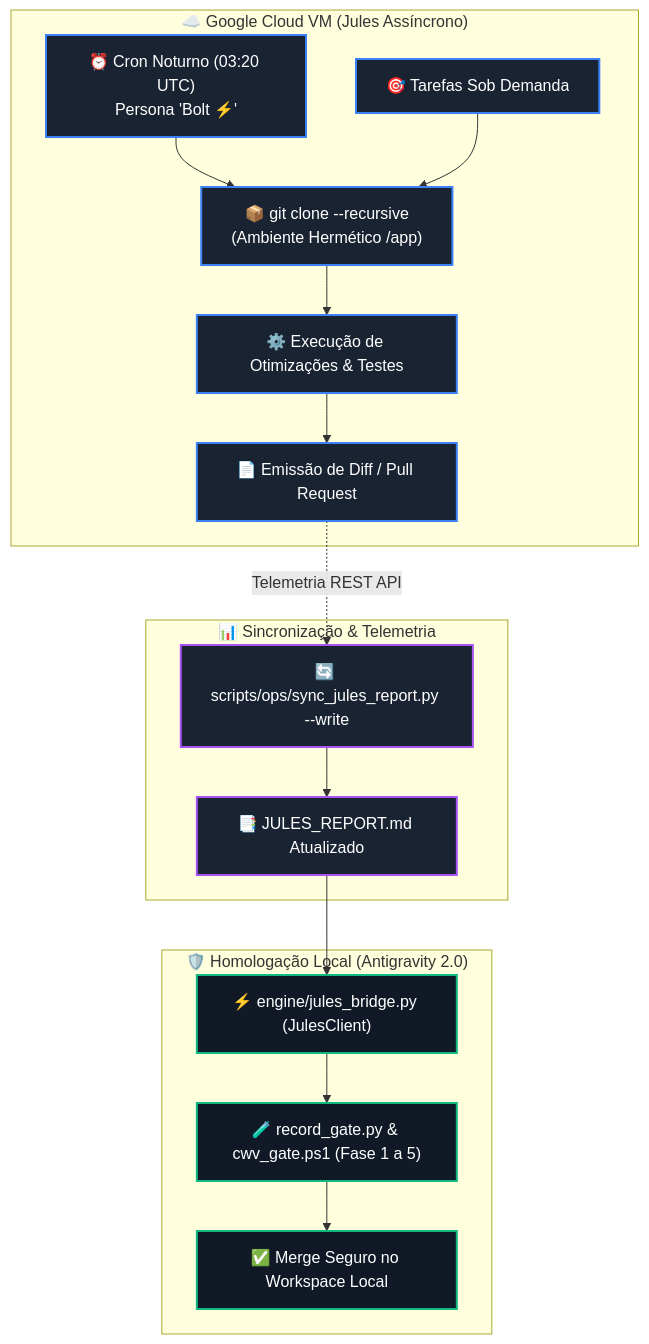
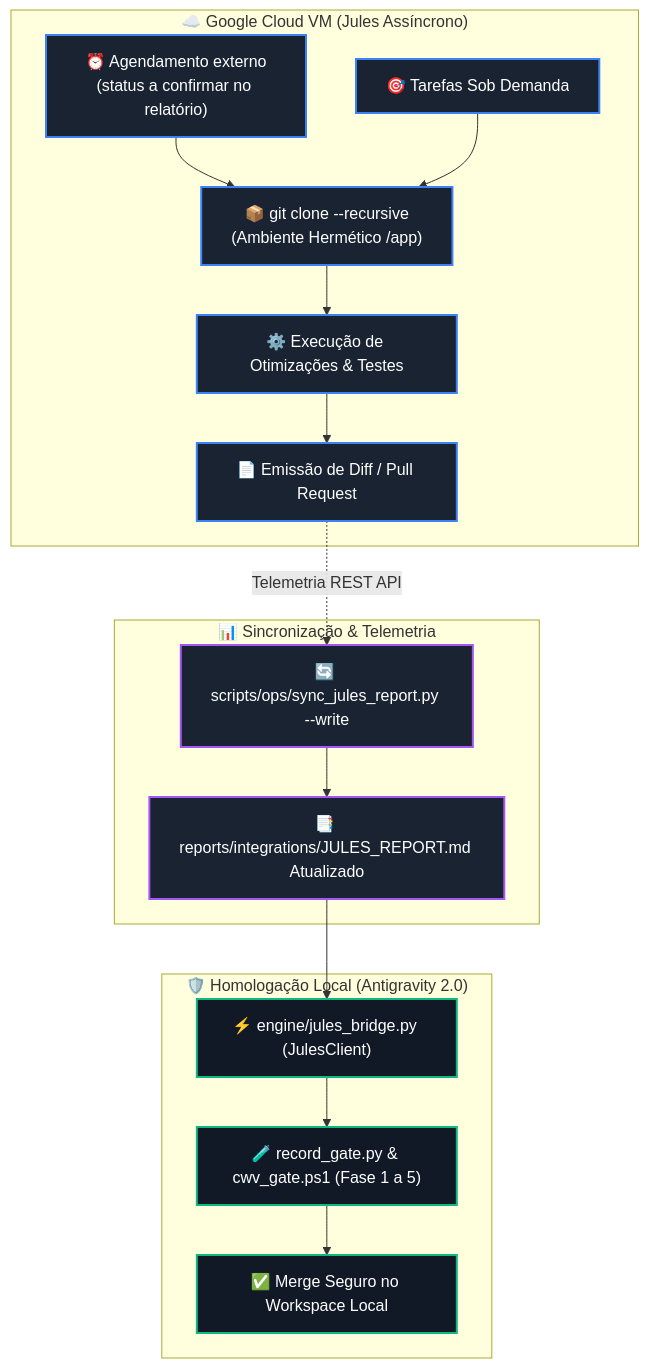
One commit to RaphaelVitoi/Site changed the diagram in .agents/skills/google-jules-cloud/SKILL.md. Above: the diagram before and after it, drawn with Mermaid. The commit also changed other lines of this file and 12 other files, not shown here.

````diff
--- a/.agents/skills/google-jules-cloud/SKILL.md
+++ b/.agents/skills/google-jules-cloud/SKILL.md
@@ -51,32 +53,32 @@
 ```mermaid
 flowchart TD
     subgraph Nuvem["☁️ Google Cloud VM (Jules Assíncrono)"]
-        Cron["⏰ Cron Noturno (03:20 UTC)\nPersona 'Bolt ⚡'"]
+        Cron["⏰ Agendamento externo\n(status a confirmar no relatório)"]
         Task["🎯 Tarefas Sob Demanda"]
         Clone["📦 git clone --recursive\n(Ambiente Hermético /app)"]
         Exec["⚙️ Execução de Otimizações & Testes"]
         Diff["📄 Emissão de Diff / Pull Request"]
         Cron --> Clone --> Exec --> Diff
         Task --> Clone
     end
 
     subgraph Rastreamento["📊 Sincronização & Telemetria"]
         Sync["🔄 scripts/ops/sync_jules_report.py --write"]
-        Report["📑 JULES_REPORT.md Atualizado"]
+        Report["📑 reports/integrations/JULES_REPORT.md Atualizado"]
         Diff -.->|Telemetria REST API| Sync --> Report
     end
 
     subgraph Validacao["🛡️ Homologação Local (Antigravity 2.0)"]
         Bridge["⚡ engine/jules_bridge.py (JulesClient)"]
         Gate["🧪 record_gate.py & cwv_gate.ps1 (Fase 1 a 5)"]
         Apply["✅ Merge Seguro no Workspace Local"]
         Report --> Bridge --> Gate --> Apply
     end
 
     classDef cloud fill:#1a2332,stroke:#3b82f6,stroke-width:2px,color:#fff;
     classDef sync fill:#1a2332,stroke:#a855f7,stroke-width:2px,color:#fff;
     classDef local fill:#111927,stroke:#10b981,stroke-width:2px,color:#fff;
     class Cron,Task,Clone,Exec,Diff cloud;
     class Sync,Report sync;
     class Bridge,Gate,Apply local;
 ```
````
